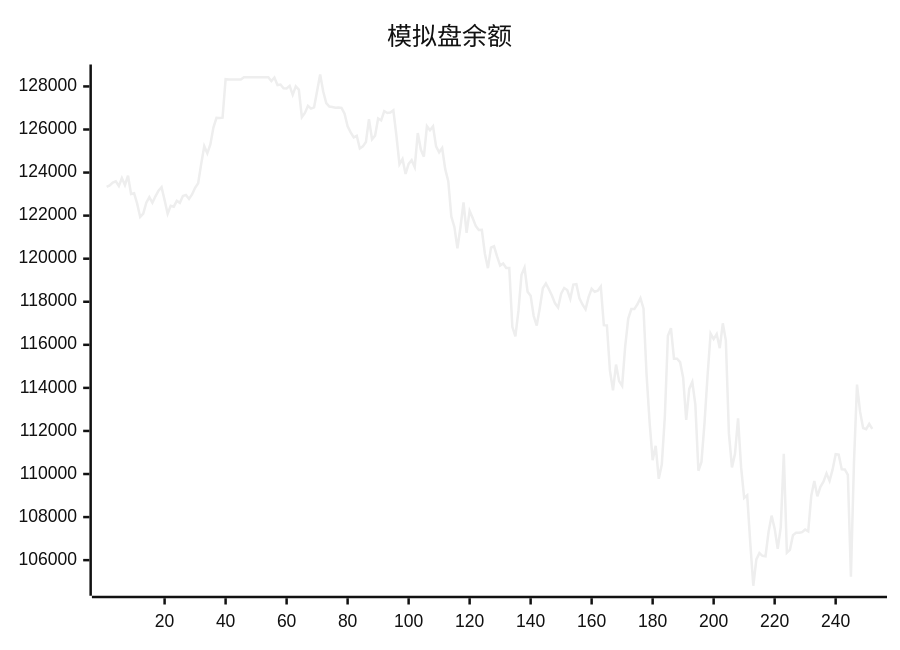
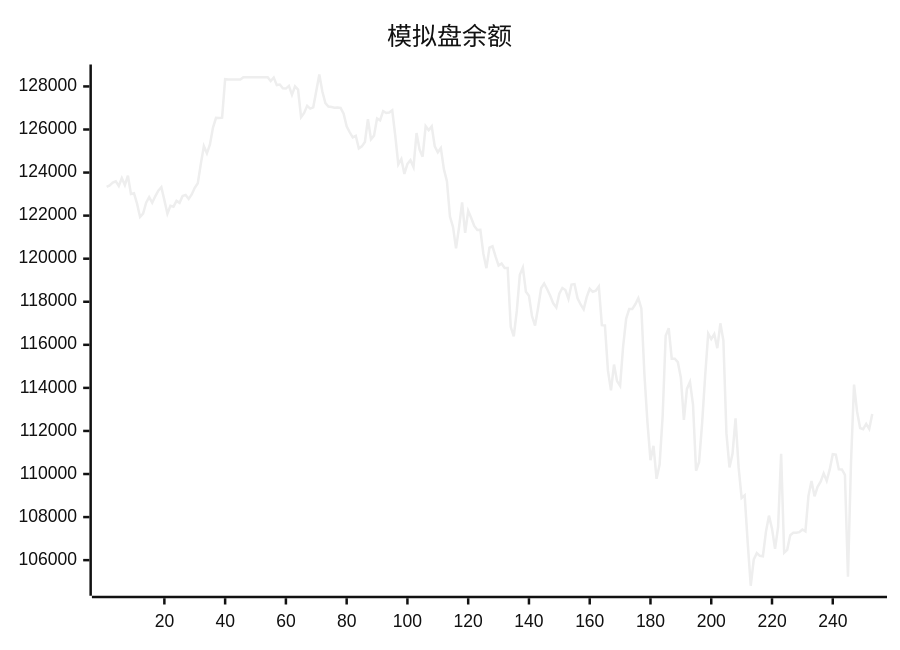
The diagram in README.md (aahl/ai-trading), drawn with Mermaid (neutral theme) before and after one commit. The commit also changed other lines of this file and 1 other file, not shown here.

Commit message:
📈 Auto Trading Result

````diff
--- a/README.md
+++ b/README.md
@@ -5,5 +5,5 @@
 ```mermaid
 xychart
     title "模拟盘余额"
-    line [123338,123402,123530,123592,123378,123745,123413,123853,123009,123040,122557,121938,122095,122599,122856,122597,122898,123160,123319,122719,122087,122454,122416,122685,122592,122907,122961,122776,122981,123295,123507,124403,125224,124894,125303,126088,126544,126534,126549,128335,128318,128318,128318,128318,128318,128424,128424,128424,128424,128424,128424,128424,128424,128424,128247,128412,128062,128087,127917,127901,128026,127611,128000,127850,126572,126770,127100,126971,127029,127783,128554,127765,127224,127064,127044,127009,127025,127004,126738,126152,125871,125635,125707,125117,125217,125420,126480,125545,125715,126511,126424,126856,126764,126788,126890,125710,124381,124632,123936,124402,124574,124256,125833,125070,124739,126154,125966,126145,125213,124943,125143,124157,123604,121959,121476,120476,121470,122610,121201,122221,121889,121522,121332,121344,120232,119559,120513,120577,120108,119680,119777,119572,119568,116839,116392,117573,119250,119585,118469,118277,117338,116897,117706,118628,118849,118579,118280,117926,117735,118373,118639,118544,118136,118798,118819,118162,117874,117649,118215,118601,118463,118517,118713,116911,116899,114798,113887,115084,114313,114091,115934,117221,117658,117658,117883,118164,117693,114632,112403,110644,111313,109777,110444,112673,116419,116772,115355,115355,115198,114476,112510,113954,114276,113223,110151,110561,112361,114562,116522,116265,116500,115845,117000,116199,111887,110306,110942,112588,110318,108891,109011,106814,104811,106038,106327,106201,106180,107315,108068,107463,106528,107530,110941,106346,106482,107161,107268,107270,107302,107426,107340,108985,109681,108962,109404,109645,110030,109680,110214,110918,110897,110215,110212,109962,105235,110525,114151,112895,112137,112083,112329,112094]
+    line [123338,123402,123530,123592,123378,123745,123413,123853,123009,123040,122557,121938,122095,122599,122856,122597,122898,123160,123319,122719,122087,122454,122416,122685,122592,122907,122961,122776,122981,123295,123507,124403,125224,124894,125303,126088,126544,126534,126549,128335,128318,128318,128318,128318,128318,128424,128424,128424,128424,128424,128424,128424,128424,128424,128247,128412,128062,128087,127917,127901,128026,127611,128000,127850,126572,126770,127100,126971,127029,127783,128554,127765,127224,127064,127044,127009,127025,127004,126738,126152,125871,125635,125707,125117,125217,125420,126480,125545,125715,126511,126424,126856,126764,126788,126890,125710,124381,124632,123936,124402,124574,124256,125833,125070,124739,126154,125966,126145,125213,124943,125143,124157,123604,121959,121476,120476,121470,122610,121201,122221,121889,121522,121332,121344,120232,119559,120513,120577,120108,119680,119777,119572,119568,116839,116392,117573,119250,119585,118469,118277,117338,116897,117706,118628,118849,118579,118280,117926,117735,118373,118639,118544,118136,118798,118819,118162,117874,117649,118215,118601,118463,118517,118713,116911,116899,114798,113887,115084,114313,114091,115934,117221,117658,117658,117883,118164,117693,114632,112403,110644,111313,109777,110444,112673,116419,116772,115355,115355,115198,114476,112510,113954,114276,113223,110151,110561,112361,114562,116522,116265,116500,115845,117000,116199,111887,110306,110942,112588,110318,108891,109011,106814,104811,106038,106327,106201,106180,107315,108068,107463,106528,107530,110941,106346,106482,107161,107268,107270,107302,107426,107340,108985,109681,108962,109404,109645,110030,109680,110214,110918,110897,110215,110212,109962,105235,110525,114151,112895,112137,112083,112329,112094,112784]
 ```
````
